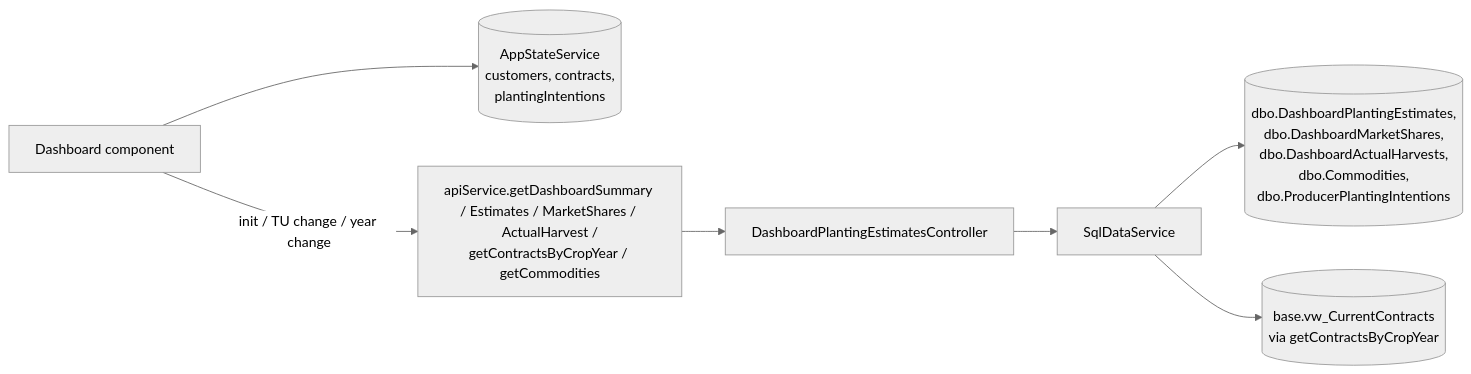
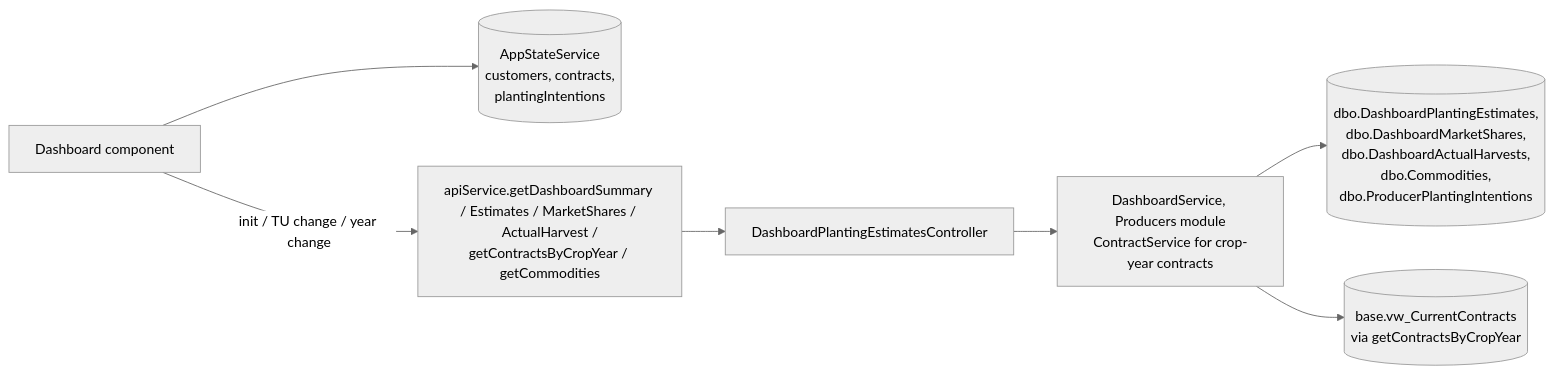
One commit to GrosseLimace/origination changed the diagram in docs/application-context/Planting Intentions Dashboard.md. Above: the diagram before and after it, drawn with Mermaid (neutral theme). The commit also changed other lines of this file and 7 other files, not shown here.

First line of the commit message:
docs(architecture): close out Phase 2 with docs that match the module layout

````diff
--- a/docs/application-context/Planting Intentions Dashboard.md
+++ b/docs/application-context/Planting Intentions Dashboard.md
@@ -45,15 +45,15 @@
 ```mermaid
 flowchart LR
     UI[Dashboard component]
     Cached[(AppStateService<br/>customers, contracts,<br/>plantingIntentions)]
     Fresh[apiService.getDashboardSummary / Estimates / MarketShares / ActualHarvest /<br/>getContractsByCropYear / getCommodities]
     CTL[DashboardPlantingEstimatesController]
-    SVC[SqlDataService]
+    SVC[DashboardService, Producers module<br/>ContractService for crop-year contracts]
     APP[(dbo.DashboardPlantingEstimates,<br/>dbo.DashboardMarketShares,<br/>dbo.DashboardActualHarvests,<br/>dbo.Commodities,<br/>dbo.ProducerPlantingIntentions)]
     ODS[(base.vw_CurrentContracts<br/>via getContractsByCropYear)]
 
     UI -- "init / TU change / year change" --> Fresh
     UI --> Cached
     Fresh --> CTL --> SVC --> APP
     SVC --> ODS
 ```
````
